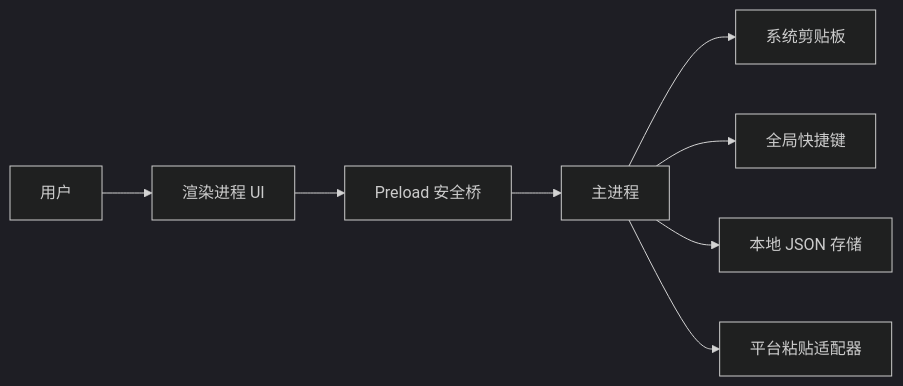
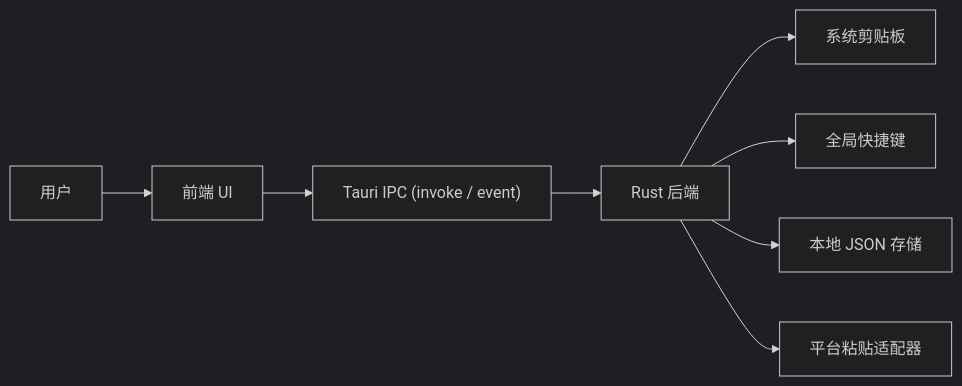
One commit to SacrEllfarch/ClipBall changed the first of 2 diagrams in docs/SDD.md. Above: the diagram before and after it, drawn with Mermaid (dark theme). The commit also changed other lines of this file and 6 other files, not shown here.

````diff
--- a/docs/SDD.md
+++ b/docs/SDD.md
@@ -9,10 +9,10 @@
 ```mermaid
 flowchart LR
-    User["用户"] --> UI["渲染进程 UI"]
-    UI --> Bridge["Preload 安全桥"]
-    Bridge --> Main["主进程"]
+    User["用户"] --> UI["前端 UI"]
+    UI --> IPC["Tauri IPC (invoke / event)"]
+    IPC --> Main["Rust 后端"]
     Main --> Clipboard["系统剪贴板"]
     Main --> Hotkey["全局快捷键"]
     Main --> Store["本地 JSON 存储"]
     Main --> Paste["平台粘贴适配器"]
 ```
````
